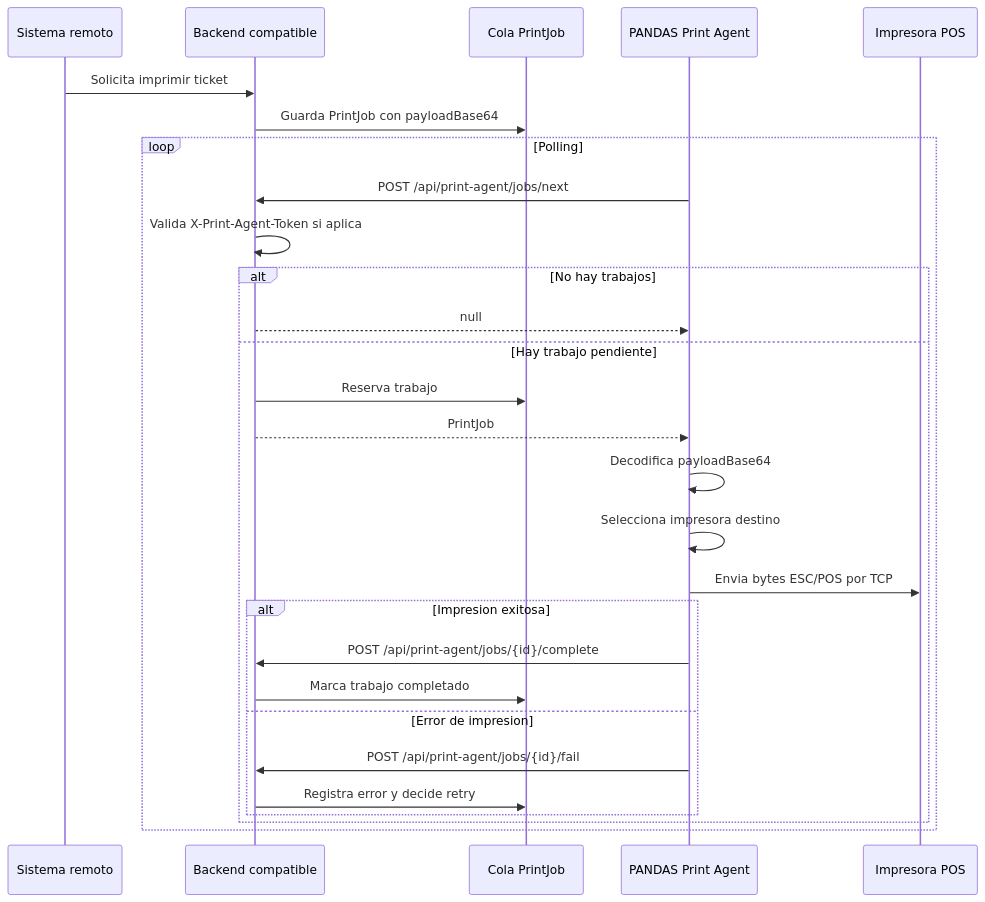
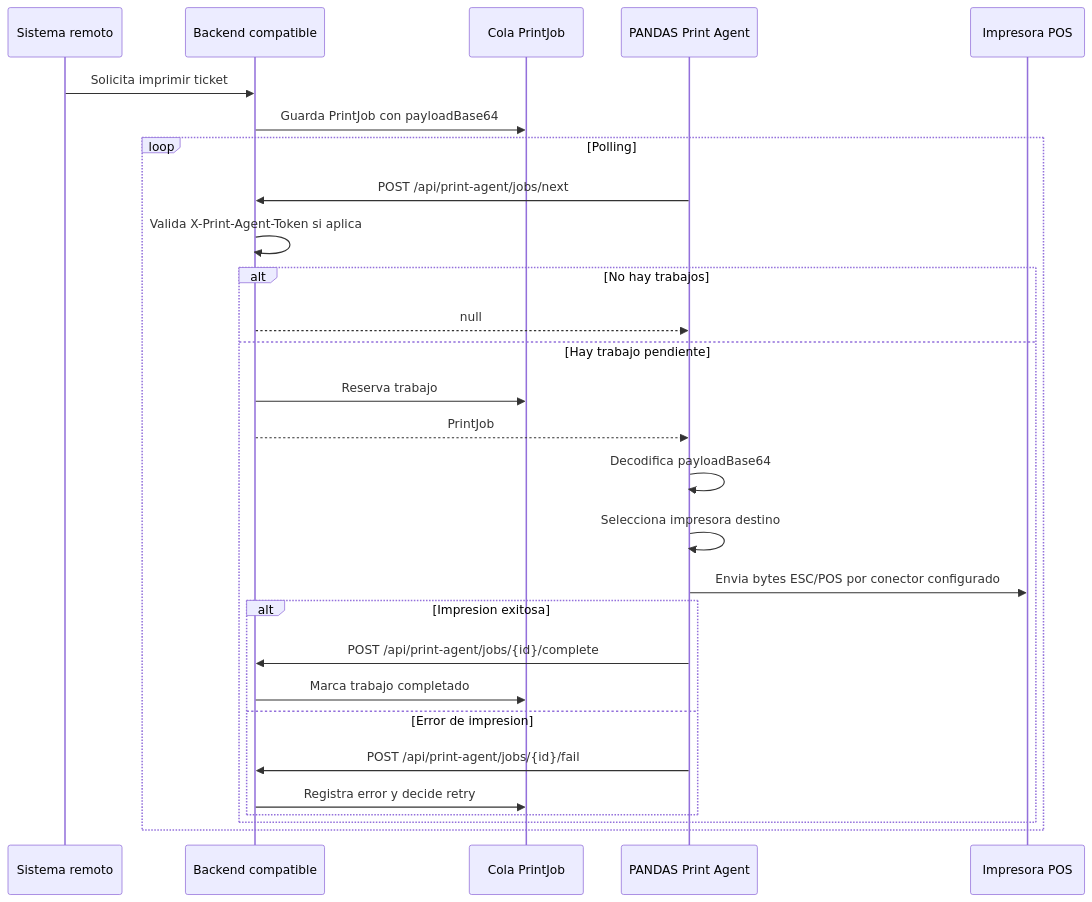
Before and after one commit to Seventty/pandas-print-agent: the second of 3 diagrams in docs.md, drawn with Mermaid. The commit also changed other lines of this file and 18 other files, not shown here.

````diff
--- a/docs.md
+++ b/docs.md
@@ -70,34 +70,34 @@
 ```mermaid
 sequenceDiagram
     participant UI as Sistema remoto
     participant Backend as Backend compatible
     participant Queue as Cola PrintJob
     participant Agent as PANDAS Print Agent
     participant POS as Impresora POS
 
     UI->>Backend: Solicita imprimir ticket
     Backend->>Queue: Guarda PrintJob con payloadBase64
 
     loop Polling
         Agent->>Backend: POST /api/print-agent/jobs/next
         Backend->>Backend: Valida X-Print-Agent-Token si aplica
 
         alt No hay trabajos
             Backend-->>Agent: null
         else Hay trabajo pendiente
             Backend->>Queue: Reserva trabajo
             Backend-->>Agent: PrintJob
             Agent->>Agent: Decodifica payloadBase64
             Agent->>Agent: Selecciona impresora destino
-            Agent->>POS: Envia bytes ESC/POS por TCP
+            Agent->>POS: Envia bytes ESC/POS por conector configurado
 
             alt Impresion exitosa
                 Agent->>Backend: POST /api/print-agent/jobs/{id}/complete
                 Backend->>Queue: Marca trabajo completado
             else Error de impresion
                 Agent->>Backend: POST /api/print-agent/jobs/{id}/fail
                 Backend->>Queue: Registra error y decide retry
             end
         end
     end
 ```
````
